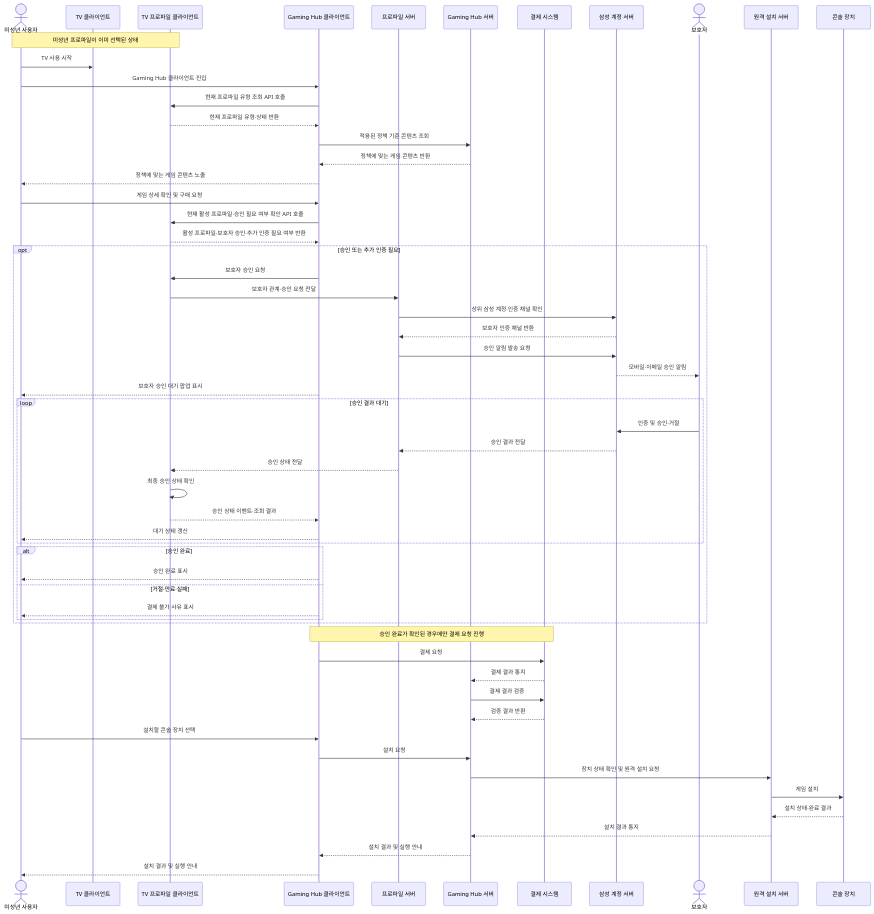
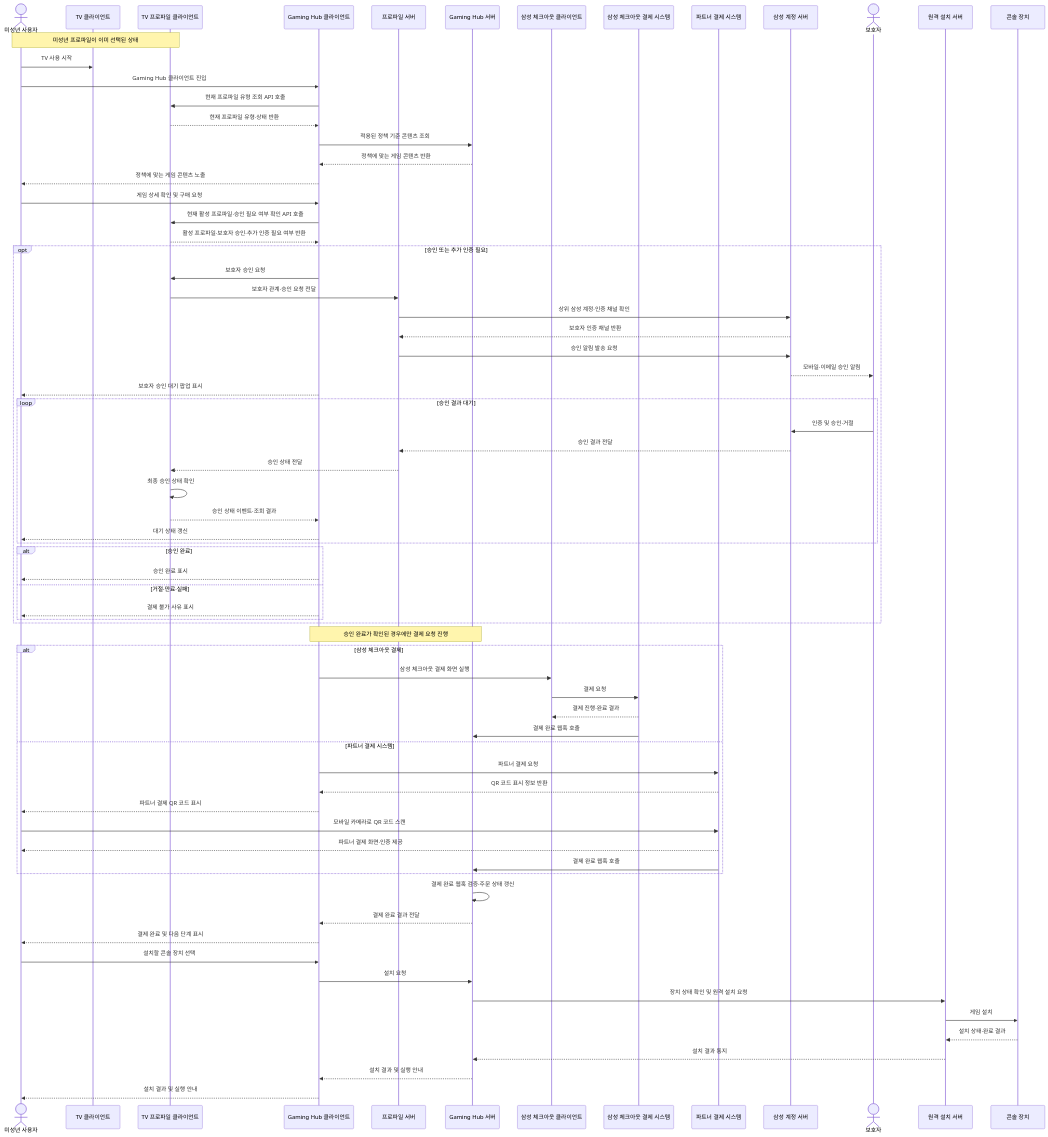
Before and after one commit to seock04/gaming-hub-console-content: the first of 5 diagrams in docs/decision-point-2-architecture.md, drawn with Mermaid.

Commit message:
Model dual payment provider flows

````diff
--- a/docs/decision-point-2-architecture.md
+++ b/docs/decision-point-2-architecture.md
@@ -69,61 +69,75 @@
 ```mermaid
 sequenceDiagram
     actor User as 미성년 사용자
     participant TV as TV 클라이언트
     participant Profile as TV 프로파일 클라이언트
     participant HubClient as Gaming Hub 클라이언트
     participant ProfileServer as 프로파일 서버
     participant Hub as Gaming Hub 서버
-    participant Pay as 결제 시스템
+    participant CheckoutClient as 삼성 체크아웃 클라이언트
+    participant CheckoutServer as 삼성 체크아웃 결제 시스템
+    participant PartnerPay as 파트너 결제 시스템
     participant Account as 삼성 계정 서버
     actor Parent as 보호자
     participant Install as 원격 설치 서버
     participant Console as 콘솔 장치
 
     Note over User,Profile: 미성년 프로파일이 이미 선택된 상태
     User->>TV: TV 사용 시작
     User->>HubClient: Gaming Hub 클라이언트 진입
     HubClient->>Profile: 현재 프로파일 유형 조회 API 호출
     Profile-->>HubClient: 현재 프로파일 유형·상태 반환
     HubClient->>Hub: 적용된 정책 기준 콘텐츠 조회
     Hub-->>HubClient: 정책에 맞는 게임 콘텐츠 반환
     HubClient-->>User: 정책에 맞는 게임 콘텐츠 노출
     User->>HubClient: 게임 상세 확인 및 구매 요청
     HubClient->>Profile: 현재 활성 프로파일·승인 필요 여부 확인 API 호출
     Profile-->>HubClient: 활성 프로파일·보호자 승인·추가 인증 필요 여부 반환
     opt 승인 또는 추가 인증 필요
         HubClient->>Profile: 보호자 승인 요청
         Profile->>ProfileServer: 보호자 관계·승인 요청 전달
         ProfileServer->>Account: 상위 삼성 계정·인증 채널 확인
         Account-->>ProfileServer: 보호자 인증 채널 반환
         ProfileServer->>Account: 승인 알림 발송 요청
         Account-->>Parent: 모바일·이메일 승인 알림
         HubClient-->>User: 보호자 승인 대기 팝업 표시
         loop 승인 결과 대기
             Parent->>Account: 인증 및 승인·거절
             Account-->>ProfileServer: 승인 결과 전달
             ProfileServer-->>Profile: 승인 상태 전달
             Profile->>Profile: 최종 승인 상태 확인
             Profile-->>HubClient: 승인 상태 이벤트·조회 결과
             HubClient-->>User: 대기 상태 갱신
         end
         alt 승인 완료
             HubClient-->>User: 승인 완료 표시
         else 거절·만료·실패
             HubClient-->>User: 결제 불가 사유 표시
         end
     end
-    Note over HubClient,Pay: 승인 완료가 확인된 경우에만 결제 요청 진행
-    HubClient->>Pay: 결제 요청
-    Pay-->>Hub: 결제 결과 통지
-    Hub->>Pay: 결제 결과 검증
-    Pay-->>Hub: 검증 결과 반환
+    Note over HubClient,Hub: 승인 완료가 확인된 경우에만 결제 요청 진행
+    alt 삼성 체크아웃 결제
+        HubClient->>CheckoutClient: 삼성 체크아웃 결제 화면 실행
+        CheckoutClient->>CheckoutServer: 결제 요청
+        CheckoutServer-->>CheckoutClient: 결제 진행·완료 결과
+        CheckoutServer->>Hub: 결제 완료 웹훅 호출
+    else 파트너 결제 시스템
+        HubClient->>PartnerPay: 파트너 결제 요청
+        PartnerPay-->>HubClient: QR 코드 표시 정보 반환
+        HubClient-->>User: 파트너 결제 QR 코드 표시
+        User->>PartnerPay: 모바일 카메라로 QR 코드 스캔
+        PartnerPay-->>User: 파트너 결제 화면·인증 제공
+        PartnerPay->>Hub: 결제 완료 웹훅 호출
+    end
+    Hub->>Hub: 결제 완료 웹훅 검증·주문 상태 갱신
+    Hub-->>HubClient: 결제 완료 결과 전달
+    HubClient-->>User: 결제 완료 및 다음 단계 표시
     User->>HubClient: 설치할 콘솔 장치 선택
     HubClient->>Hub: 설치 요청
     Hub->>Install: 장치 상태 확인 및 원격 설치 요청
     Install->>Console: 게임 설치
     Console-->>Install: 설치 상태·완료 결과
     Install-->>Hub: 설치 결과 통지
     Hub-->>HubClient: 설치 결과 및 실행 안내
     HubClient-->>User: 설치 결과 및 실행 안내
 ```
````
